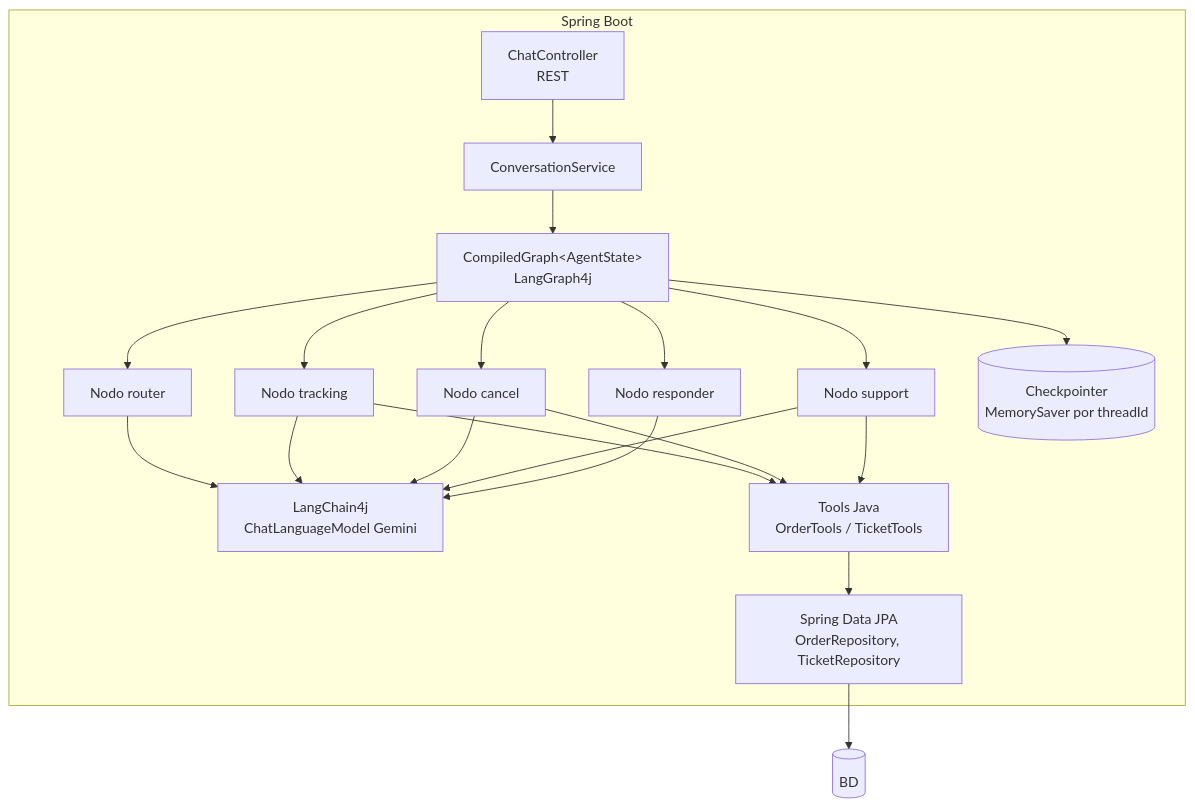
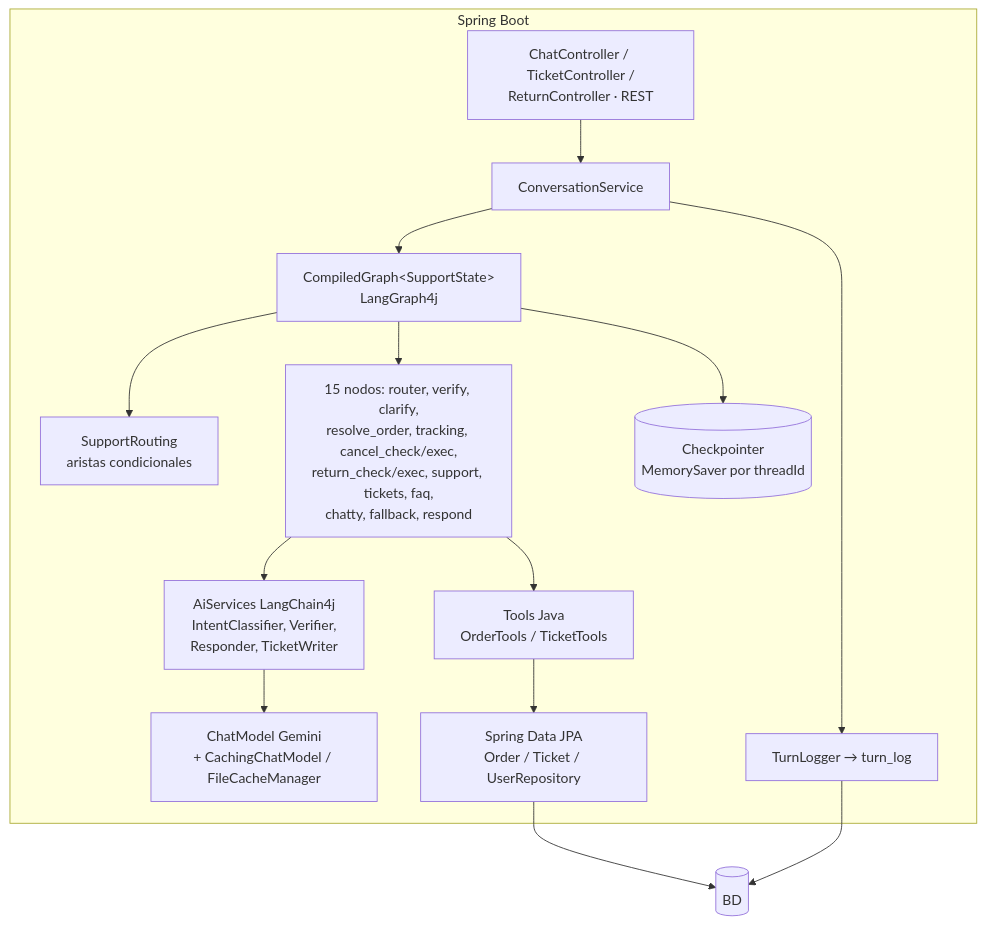
The second of 4 diagrams in l1-copilot/docs/arquitectura/02-arquitectura-sistema.md (mikel0ne/ai-platform-portfolio), drawn with Mermaid before and after one commit. The commit also changed other lines of this file and 17 other files, not shown here.

````diff
--- a/l1-copilot/docs/arquitectura/02-arquitectura-sistema.md
+++ b/l1-copilot/docs/arquitectura/02-arquitectura-sistema.md
@@ -20,17 +20,17 @@
 ```mermaid
 graph TB
     subgraph Backend [Spring Boot]
-        C[ChatController<br/>REST] --> CS[ConversationService]
-        CS --> G[CompiledGraph&lt;AgentState&gt;<br/>LangGraph4j]
-        G --> N1[Nodo router]
-        G --> N2[Nodo tracking]
-        G --> N3[Nodo cancel]
-        G --> N4[Nodo support]
-        G --> N5[Nodo responder]
-        N1 & N2 & N3 & N4 & N5 --> LC[LangChain4j<br/>ChatLanguageModel Gemini]
-        N2 & N3 & N4 --> T[Tools Java<br/>OrderTools / TicketTools]
-        T --> R[Spring Data JPA<br/>OrderRepository, TicketRepository]
+        C[ChatController / TicketController /<br/>ReturnController · REST] --> CS[ConversationService]
+        CS --> G[CompiledGraph&lt;SupportState&gt;<br/>LangGraph4j]
+        G --> RT[SupportRouting<br/>aristas condicionales]
+        G --> ND[15 nodos: router, verify, clarify,<br/>resolve_order, tracking, cancel_check/exec,<br/>return_check/exec, support, tickets, faq,<br/>chatty, fallback, respond]
+        ND --> AI[AiServices LangChain4j<br/>IntentClassifier, Verifier,<br/>Responder, TicketWriter]
+        AI --> LC[ChatModel Gemini<br/>+ CachingChatModel / FileCacheManager]
+        ND --> T[Tools Java<br/>OrderTools / TicketTools]
+        T --> R[Spring Data JPA<br/>Order / Ticket / UserRepository]
         G --> CP[(Checkpointer<br/>MemorySaver por threadId)]
+        CS --> TL[TurnLogger → turn_log]
     end
     R --> DB[(BD)]
+    TL --> DB
 ```
````
